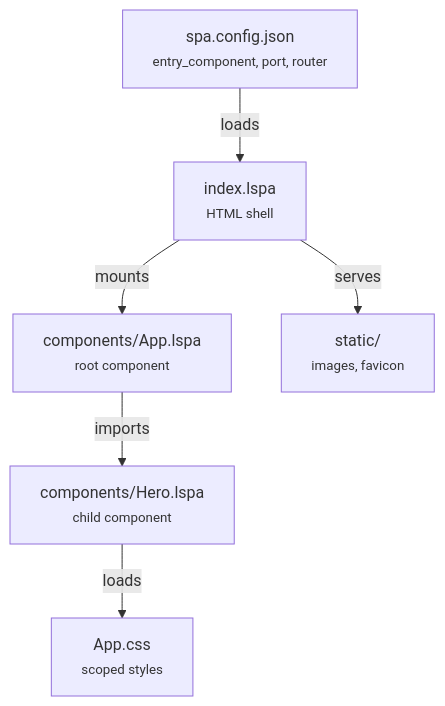
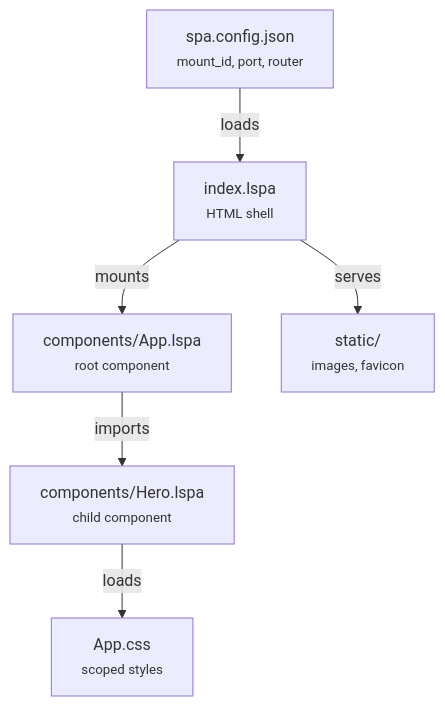
One commit to roderiano/lua-spa changed the diagram in docs/docs/get-started/project-structure.md. Above: the diagram before and after it, drawn with Mermaid. The commit also changed other lines of this file and 6 other files, not shown here.

````diff
--- a/docs/docs/get-started/project-structure.md
+++ b/docs/docs/get-started/project-structure.md
@@ -25,15 +25,15 @@
 ```mermaid
 graph TD
-    config["spa.config.json<br/><small>entry_component, port, router</small>"]
+    config["spa.config.json<br/><small>mount_id, port, router</small>"]
     index["index.lspa<br/><small>HTML shell</small>"]
     app["components/App.lspa<br/><small>root component</small>"]
     child["components/Hero.lspa<br/><small>child component</small>"]
     css["App.css<br/><small>scoped styles</small>"]
     static["static/<br/><small>images, favicon</small>"]
 
     config -->|loads| index
     index -->|mounts| app
     app -->|imports| child
     child -->|loads| css
     index -->|serves| static
 ```
````
